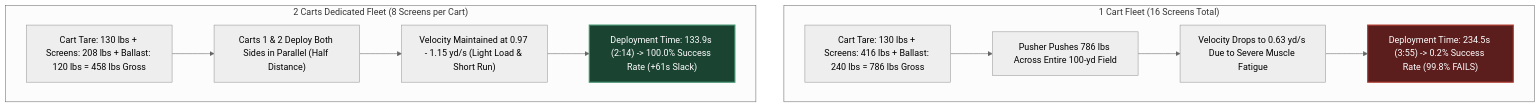
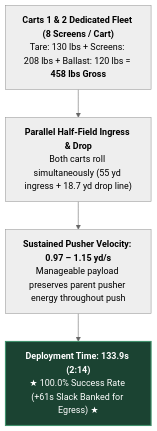
The first of 3 diagrams in PCHSMB/_Sideline Screen/docs/references/FIELD_LOGISTICS_AND_TIMING_ANALYSIS.md (ericrowe/music), drawn with Mermaid (neutral theme) before and after one commit. The commit also changed other lines of this file and 2 other files, not shown here.

Commit message:
docs(sideline-screen): split Section 3 Mermaid diagram into two stacked charts for readability

````diff
--- a/PCHSMB/_Sideline Screen/docs/references/FIELD_LOGISTICS_AND_TIMING_ANALYSIS.md
+++ b/PCHSMB/_Sideline Screen/docs/references/FIELD_LOGISTICS_AND_TIMING_ANALYSIS.md
@@ -133,23 +134,11 @@
 ```mermaid
 flowchart TD
-    subgraph OneCart["1 Cart Fleet (16 Screens Total)"]
-        OC1["Cart Tare: 130 lbs + Screens: 416 lbs + Ballast: 240 lbs = 786 lbs Gross"]
-        OC2["Pusher Pushes 786 lbs Across Entire 100-yd Field"]
-        OC3["Velocity Drops to 0.63 yd/s Due to Severe Muscle Fatigue"]
-        OC4["Deployment Time: 234.5s (3:55) -> 0.2% Success Rate (99.8% FAILS)"]
-        OC1 --> OC2 --> OC3 --> OC4
-    end
+    TC1["<b>Carts 1 & 2 Dedicated Fleet (8 Screens / Cart)</b><br/>Tare: 130 lbs + Screens: 208 lbs + Ballast: 120 lbs = <b>458 lbs Gross</b>"]
+    TC2["<b>Parallel Half-Field Ingress & Drop</b><br/>Both carts roll simultaneously (55 yd ingress + 18.7 yd drop line)"]
+    TC3["<b>Sustained Pusher Velocity: 0.97 – 1.15 yd/s</b><br/>Manageable payload preserves parent pusher energy throughout push"]
+    TC4["<b>Deployment Time: 133.9s (2:14)</b><br/>★ 100.0% Success Rate (+61s Slack Banked for Egress) ★"]
+    TC1 --> TC2 --> TC3 --> TC4
 
-    subgraph TwoCarts["2 Carts Dedicated Fleet (8 Screens per Cart)"]
-        TC1["Cart Tare: 130 lbs + Screens: 208 lbs + Ballast: 120 lbs = 458 lbs Gross"]
-        TC2["Carts 1 & 2 Deploy Both Sides in Parallel (Half Distance)"]
-        TC3["Velocity Maintained at 0.97 - 1.15 yd/s (Light Load & Short Run)"]
-        TC4["Deployment Time: 133.9s (2:14) -> 100.0% Success Rate (+61s Slack)"]
-        TC1 --> TC2 --> TC3 --> TC4
-    end
-
-    classDef fail fill:#5c1d1d,stroke:#b03a2e,stroke-width:2px,color:#fff;
     classDef win fill:#1b4332,stroke:#40916c,stroke-width:2px,color:#fff;
-    class OC4 fail;
     class TC4 win;
 ```
````
